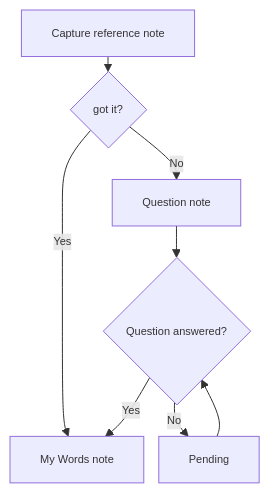
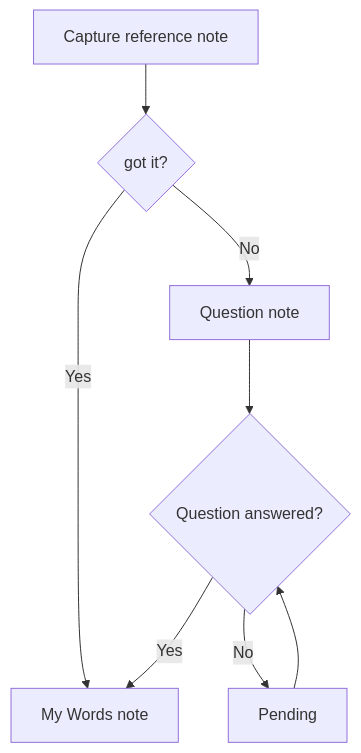
Before and after one commit to VeronicaTeodorof/got_it: the diagram in README.md, drawn with Mermaid. The commit also changed other lines of this file, not shown here.

Commit message:
fix: revert diagram and adjust images sizes

````diff
--- a/README.md
+++ b/README.md
@@ -43,11 +43,10 @@
 ```mermaid
-%%{init: {'themeVariables': {'fontSize': '11px'}, 'flowchart': {'nodeSpacing': 15, 'rankSpacing': 15}}}%%
 graph TD
     A[Capture reference note] --> B{got it?}
     B -->|Yes| C[My Words note]
     B -->|No| D[Question note]
     D --> F{Question answered?}
     F -->|Yes| C
     F -->|No| G[Pending]
     G --> F
 ```
````
